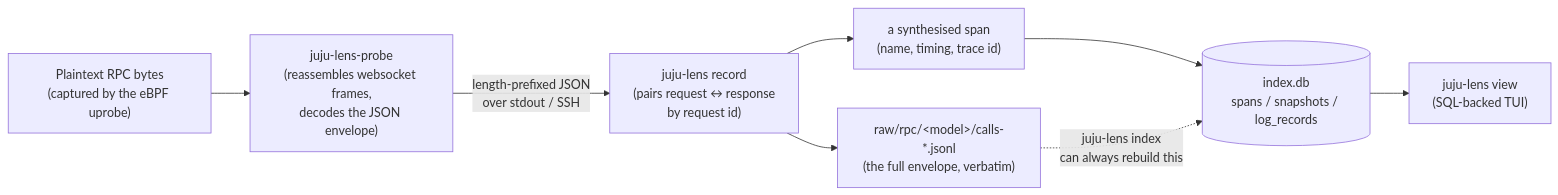
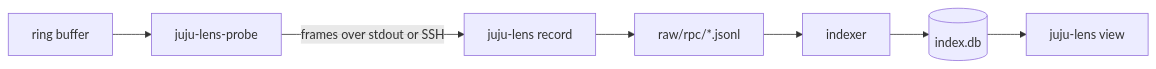
Before and after one commit to lucabello/juju-lens: the diagram in docs/explanation/from-wire-to-viewer.md, drawn with Mermaid. The commit also changed other lines of this file and 20 other files, not shown here.

````diff
--- a/docs/explanation/from-wire-to-viewer.md
+++ b/docs/explanation/from-wire-to-viewer.md
@@ -9,10 +5,9 @@
 ```mermaid
 flowchart LR
-    A["Plaintext RPC bytes\n(captured by the eBPF uprobe)"] --> B["juju-lens-probe\n(reassembles websocket frames,\ndecodes the JSON envelope)"]
-    B -->|"length-prefixed JSON\nover stdout / SSH"| C["juju-lens record\n(pairs request ↔ response\nby request id)"]
-    C --> D["raw/rpc/&lt;model&gt;/calls-*.jsonl\n(the full envelope, verbatim)"]
-    C --> E["a synthesised span\n(name, timing, trace id)"]
-    E --> F[("index.db\nspans / snapshots / log_records")]
-    D -.->|"juju-lens index\ncan always rebuild this"| F
-    F --> G["juju-lens view\n(SQL-backed TUI)"]
+    A["ring buffer"] --> B["juju-lens-probe"]
+    B -->|"frames over stdout or SSH"| C["juju-lens record"]
+    C --> D["raw/rpc/*.jsonl"]
+    D --> E["indexer"]
+    E --> F[("index.db")]
+    F --> G["juju-lens view"]
 ```
````
